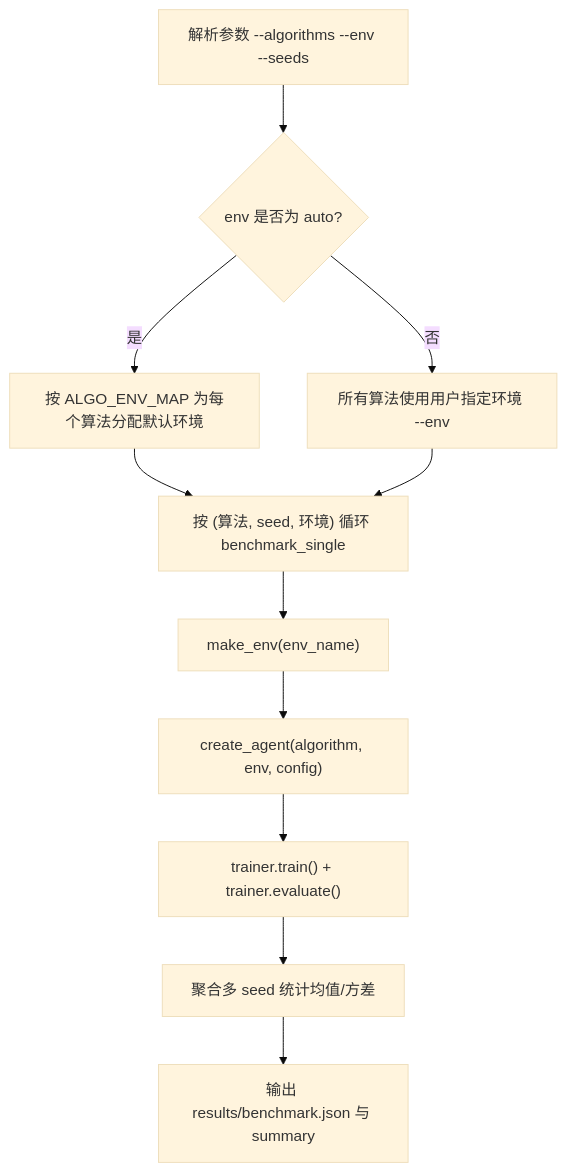
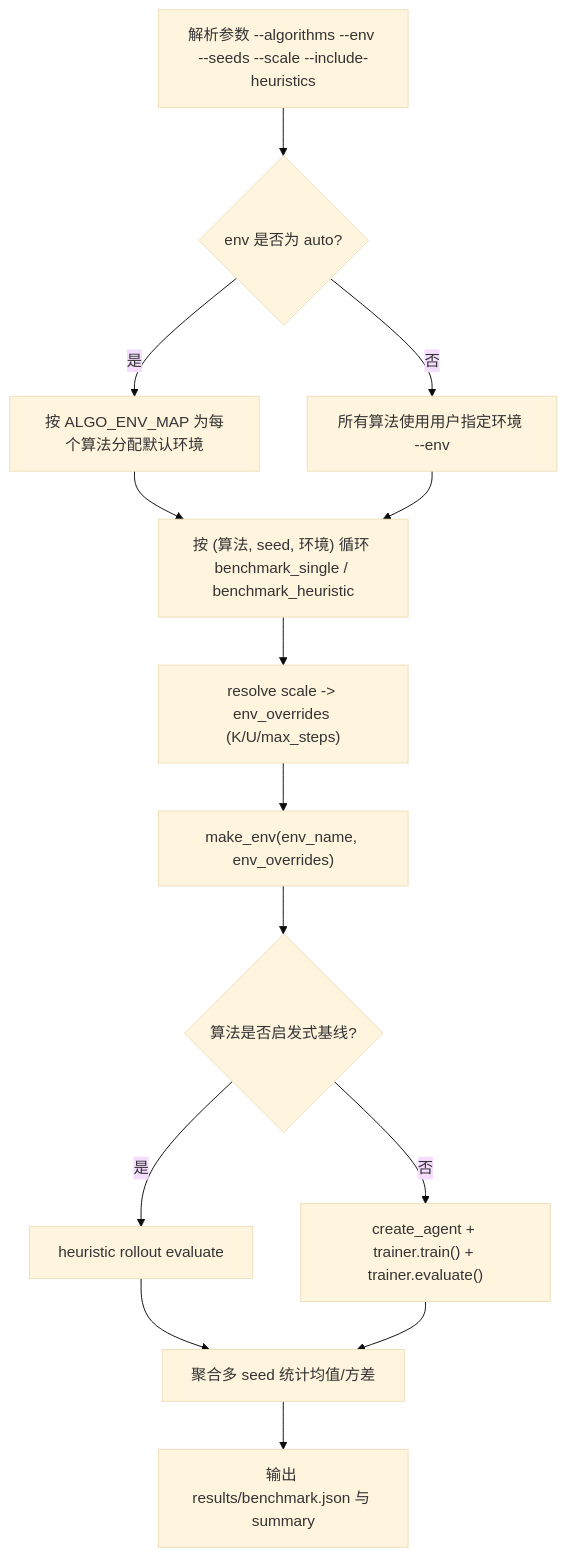
Before and after one commit to w2030298-art/paper2: the diagram in docs/reporting/diagrams/benchmark_flow.md, drawn with Mermaid (base theme). The commit also changed other lines of this file and 42 other files, not shown here.

````diff
--- a/docs/reporting/diagrams/benchmark_flow.md
+++ b/docs/reporting/diagrams/benchmark_flow.md
@@ -5,16 +5,19 @@
 ```mermaid
 flowchart TD
-    A["解析参数 --algorithms --env --seeds"] --> B{"env 是否为 auto?"}
+    A["解析参数 --algorithms --env --seeds --scale --include-heuristics"] --> B{"env 是否为 auto?"}
 
     B -- "是" --> C["按 ALGO_ENV_MAP 为每个算法分配默认环境"]
     B -- "否" --> D["所有算法使用用户指定环境 --env"]
 
-    C --> E["按 (算法, seed, 环境) 循环 benchmark_single"]
+    C --> E["按 (算法, seed, 环境) 循环 benchmark_single / benchmark_heuristic"]
     D --> E
 
-    E --> F["make_env(env_name)"]
-    F --> G["create_agent(algorithm, env, config)"]
-    G --> H["trainer.train() + trainer.evaluate()"]
-    H --> I["聚合多 seed 统计均值/方差"]
-    I --> J["输出 results/benchmark.json 与 summary"]
+    E --> F["resolve scale -> env_overrides (K/U/max_steps)"]
+    F --> G["make_env(env_name, env_overrides)"]
+    G --> H{"算法是否启发式基线?"}
+    H -- "是" --> I["heuristic rollout evaluate"]
+    H -- "否" --> J["create_agent + trainer.train() + trainer.evaluate()"]
+    I --> K["聚合多 seed 统计均值/方差"]
+    J --> K
+    K --> L["输出 results/benchmark.json 与 summary"]
 ```
````
